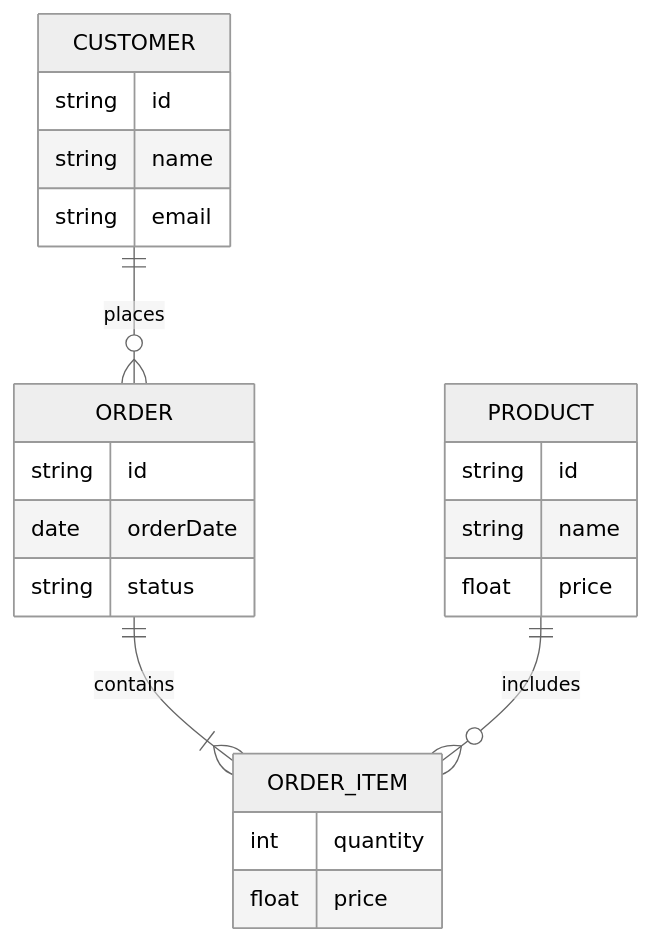
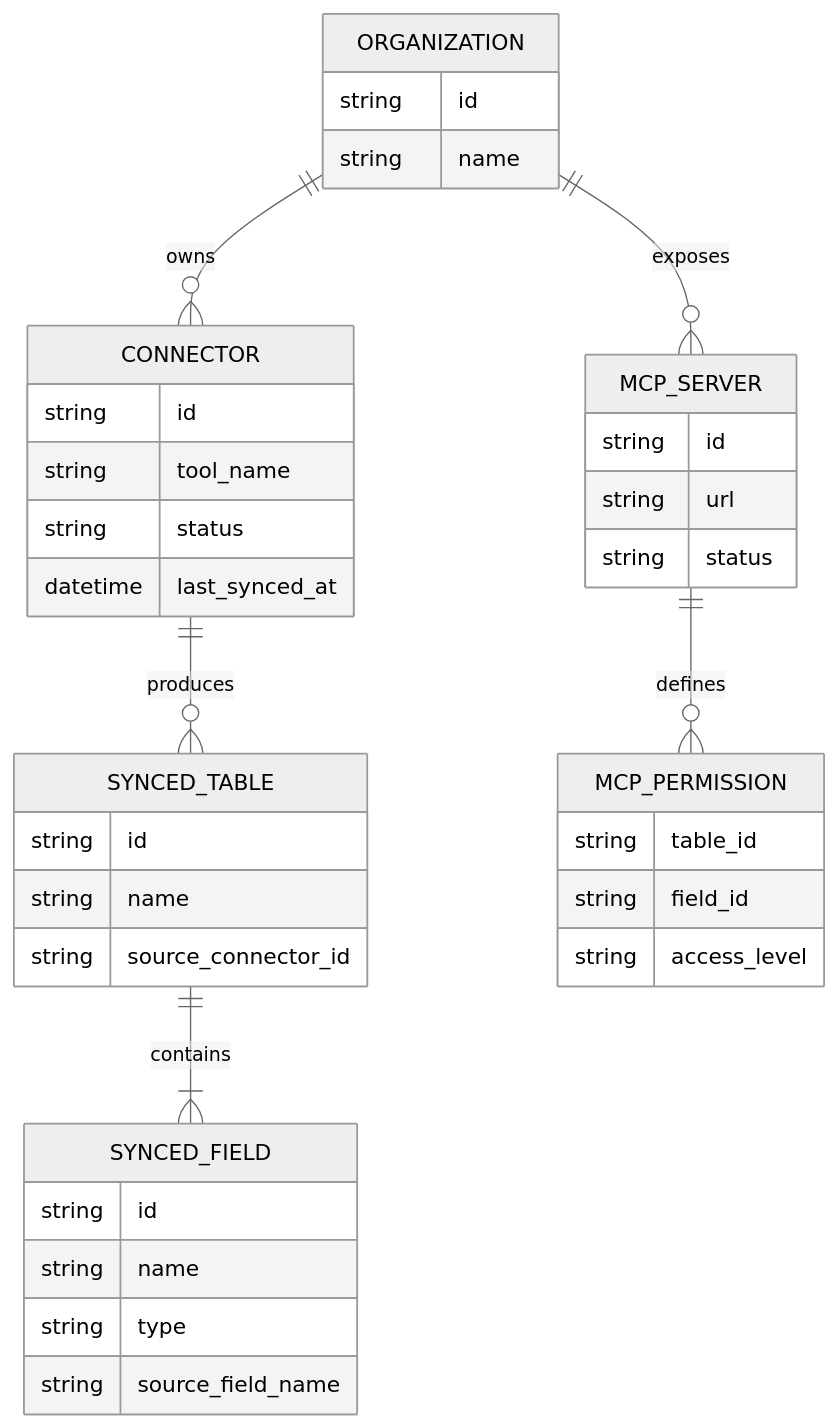
Before and after one commit to Zadigo/mydatabase: the third of 3 diagrams in docs/ARCHITECTURE.md, drawn with Mermaid (neutral theme). The commit also changed other lines of this file and 2 other files, not shown here.

````diff
--- a/docs/ARCHITECTURE.md
+++ b/docs/ARCHITECTURE.md
@@ -157,25 +151,40 @@
 ```mermaid
 erDiagram
-    CUSTOMER ||--o{ ORDER : places
-    ORDER ||--|{ ORDER_ITEM : contains
-    PRODUCT ||--o{ ORDER_ITEM : includes
-    CUSTOMER {
+    ORGANIZATION ||--o{ CONNECTOR : owns
+    CONNECTOR ||--o{ SYNCED_TABLE : produces
+    SYNCED_TABLE ||--|{ SYNCED_FIELD : contains
+    ORGANIZATION ||--o{ MCP_SERVER : exposes
+    MCP_SERVER ||--o{ MCP_PERMISSION : defines
+
+    ORGANIZATION {
         string id
         string name
-        string email
     }
-    ORDER {
+    CONNECTOR {
         string id
-        date orderDate
+        string tool_name
+        string status
+        datetime last_synced_at
+    }
+    SYNCED_TABLE {
+        string id
+        string name
+        string source_connector_id
+    }
+    SYNCED_FIELD {
+        string id
+        string name
+        string type
+        string source_field_name
+    }
+    MCP_SERVER {
+        string id
+        string url
         string status
     }
-    PRODUCT {
-        string id
-        string name
-        float price
-    }
-    ORDER_ITEM {
-        int quantity
-        float price
+    MCP_PERMISSION {
+        string table_id
+        string field_id
+        string access_level
     }
 ```
````
